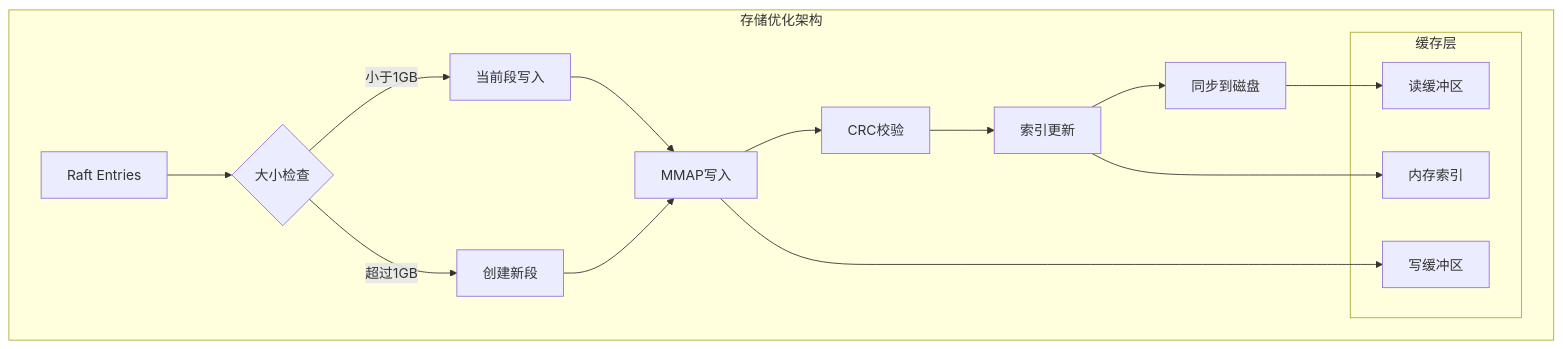
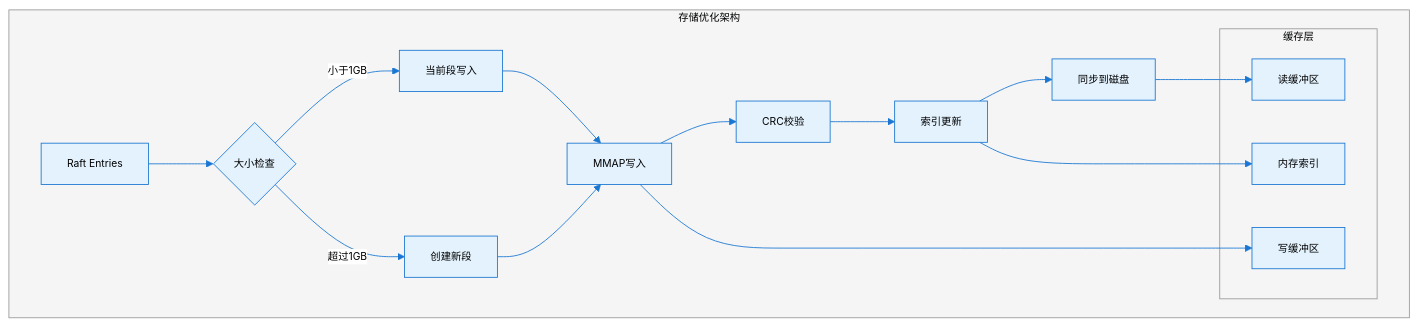
One commit to victor1589007281/kingbus changed the third of 4 diagrams in vdocs/kingbus-performance-optimization.md. Above: the diagram before and after it, drawn with Mermaid. The commit also changed other lines of this file and 12 other files, not shown here.

````diff
--- a/vdocs/kingbus-performance-optimization.md
+++ b/vdocs/kingbus-performance-optimization.md
@@ -510,24 +512,25 @@
 ```mermaid
+%%{init: {'theme': 'base', 'themeVariables': { 'fontSize': '12px', 'fontFamily': 'Arial', 'primaryColor': '#e3f2fd', 'primaryTextColor': '#000000', 'primaryBorderColor': '#1976d2', 'lineColor': '#1976d2', 'background': '#ffffff', 'clusterBkg': '#f5f5f5', 'clusterBorder': '#999999', 'edgeLabelBackground': '#ffffff'}}}%%
 graph TD
     subgraph "存储优化架构"
         C1[Raft Entries] --> C2{大小检查}
         C2 -->|小于1GB| C3[当前段写入]
         C2 -->|超过1GB| C4[创建新段]
         
         C3 --> C5[MMAP写入]
         C4 --> C5
         C5 --> C6[CRC校验]
         C6 --> C7[索引更新]
         C7 --> C8[同步到磁盘]
         
         subgraph "缓存层"
             D1[内存索引]
             D2[读缓冲区]
             D3[写缓冲区]
         end
         
         C7 --> D1
         C5 --> D3
         C8 --> D2
     end
 ```
````
